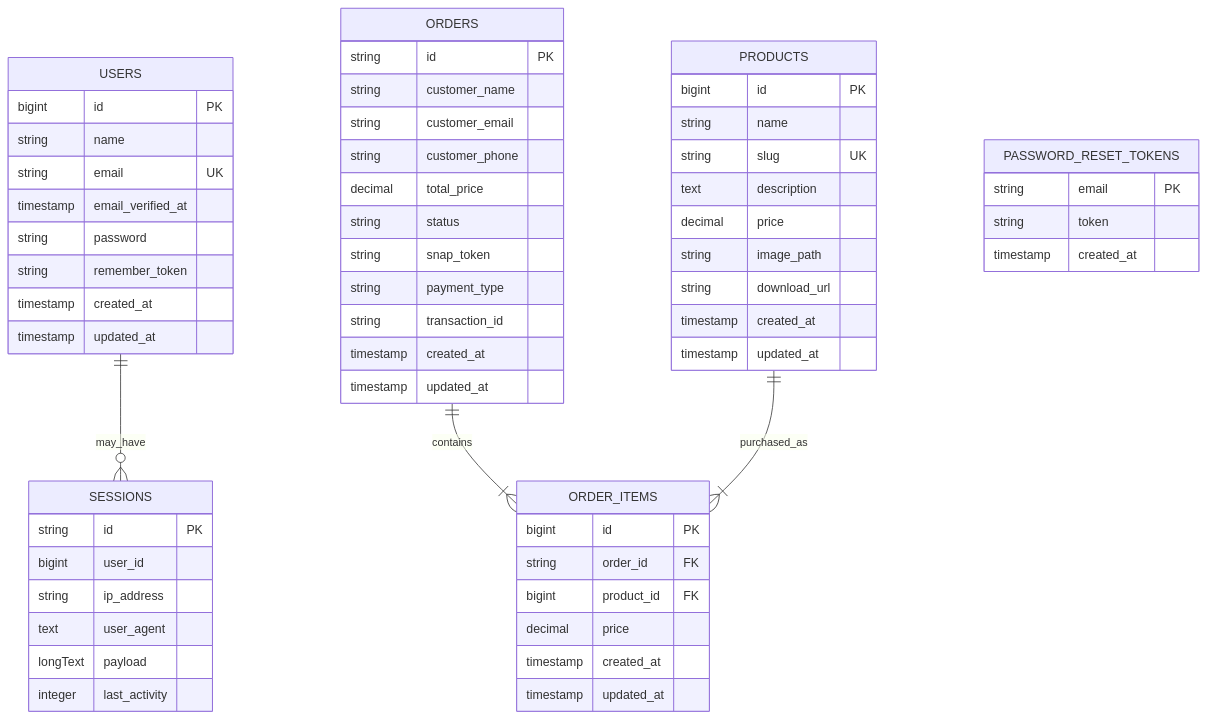
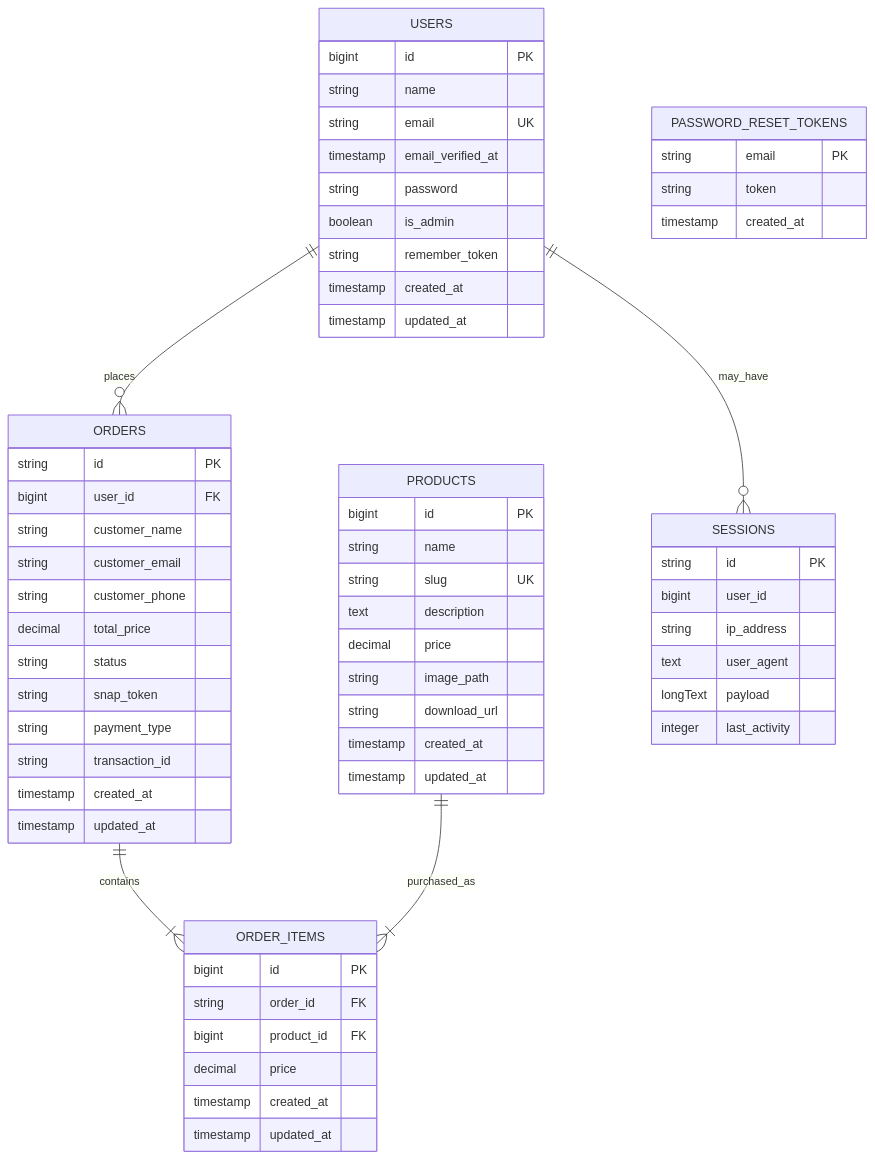
One commit to mufid1012/Laravel changed the seventh of 7 diagrams in Project-kelompok-app/docs/UML_Karsa_Studio.md. Above: the diagram before and after it, drawn with Mermaid. The commit also changed other lines of this file and 16 other files, not shown here.

````diff
--- a/Project-kelompok-app/docs/UML_Karsa_Studio.md
+++ b/Project-kelompok-app/docs/UML_Karsa_Studio.md
@@ -291,67 +399,70 @@
 ```mermaid
 erDiagram
     USERS {
         bigint id PK
         string name
         string email UK
         timestamp email_verified_at
         string password
+        boolean is_admin
         string remember_token
         timestamp created_at
         timestamp updated_at
     }
 
     PRODUCTS {
         bigint id PK
         string name
         string slug UK
         text description
         decimal price
         string image_path
         string download_url
         timestamp created_at
         timestamp updated_at
     }
 
     ORDERS {
         string id PK
+        bigint user_id FK
         string customer_name
         string customer_email
         string customer_phone
         decimal total_price
         string status
         string snap_token
         string payment_type
         string transaction_id
         timestamp created_at
         timestamp updated_at
     }
 
     ORDER_ITEMS {
         bigint id PK
         string order_id FK
         bigint product_id FK
         decimal price
         timestamp created_at
         timestamp updated_at
     }
 
     PASSWORD_RESET_TOKENS {
         string email PK
         string token
         timestamp created_at
     }
 
     SESSIONS {
         string id PK
         bigint user_id
         string ip_address
         text user_agent
         longText payload
         integer last_activity
     }
 
     ORDERS ||--|{ ORDER_ITEMS : contains
     PRODUCTS ||--|{ ORDER_ITEMS : purchased_as
+    USERS ||--o{ ORDERS : places
     USERS ||--o{ SESSIONS : may_have
 ```
````
